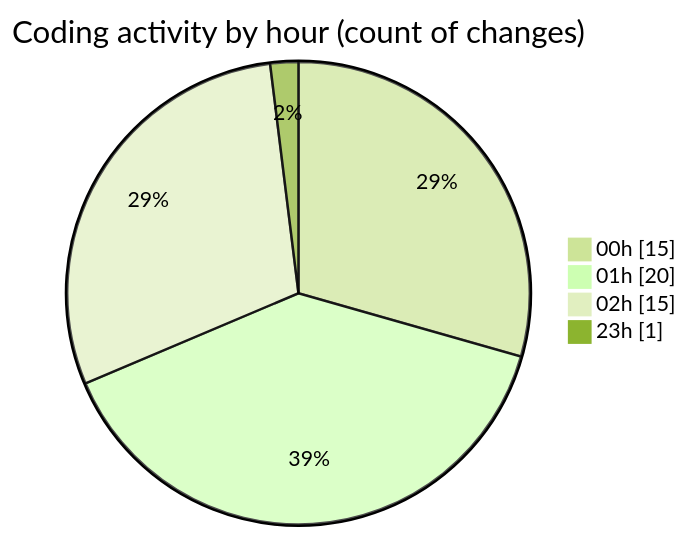
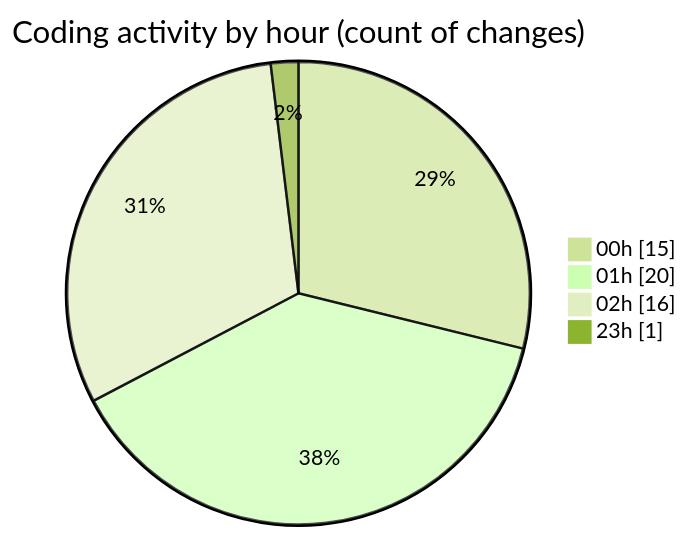
Before and after one commit to lephambinh05/code-tracking: the second of 2 diagrams in 2025-08-04/studybuddy/README.md, drawn with Mermaid (forest theme). The commit also changed other lines of this file and 1 other file, not shown here.

````diff
--- a/2025-08-04/studybuddy/README.md
+++ b/2025-08-04/studybuddy/README.md
@@ -46,8 +46,8 @@
 ```mermaid
 pie showData
 title Coding activity by hour (count of changes)
 "00h" : 15
 "01h" : 20
-"02h" : 15
+"02h" : 16
 "23h" : 1
 ```
````
